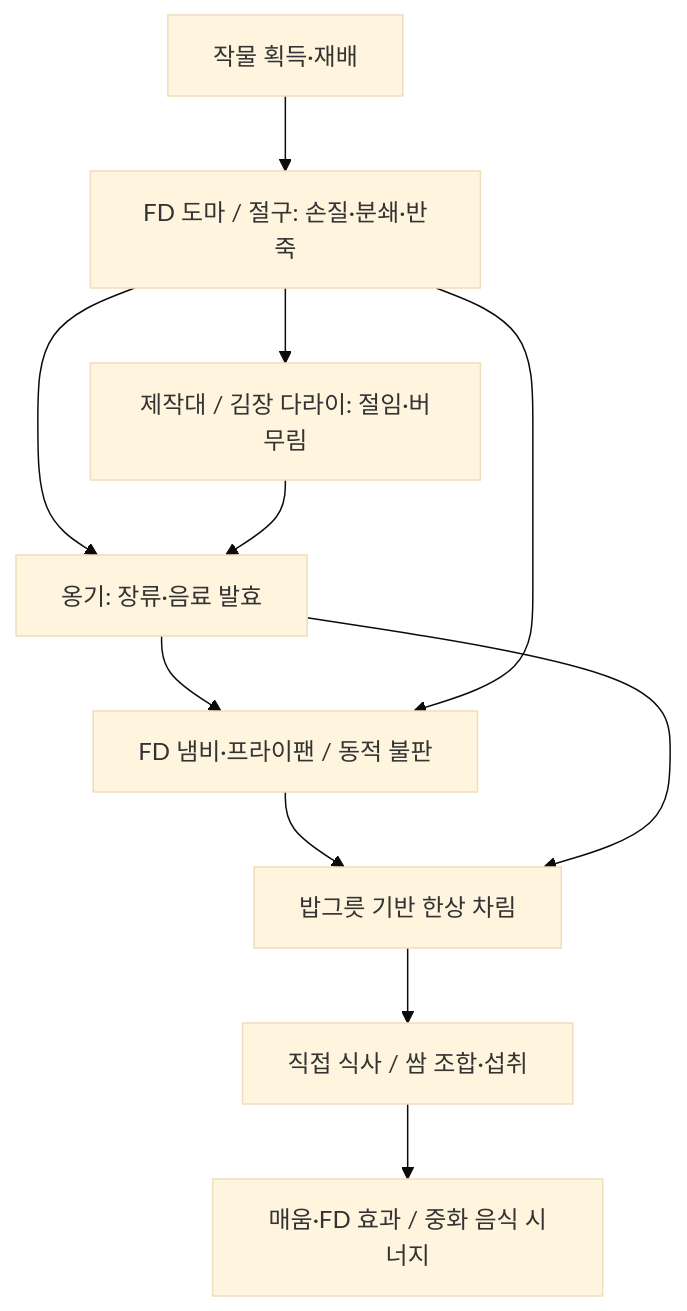
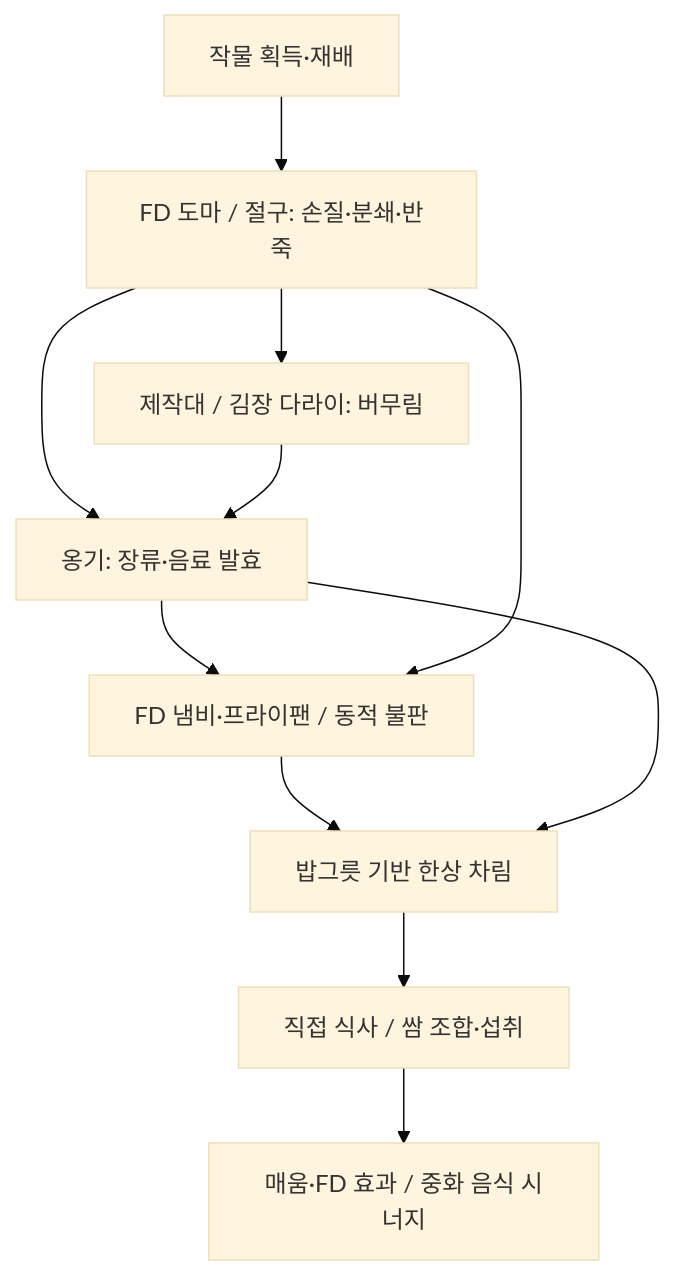
The diagram in docs/final-design.md (Potan7/KoreanDelight), drawn with Mermaid (base theme) before and after one commit. The commit also changed other lines of this file and 88 other files, not shown here.

````diff
--- a/docs/final-design.md
+++ b/docs/final-design.md
@@ -33,13 +33,13 @@
 ```mermaid
 flowchart TD
     A[작물 획득·재배] --> B[FD 도마 / 절구: 손질·분쇄·반죽]
-    B --> C[제작대 / 김장 다라이: 절임·버무림]
+    B --> C[제작대 / 김장 다라이: 버무림]
     B --> D[옹기: 장류·음료 발효]
     C --> D
     D --> E[FD 냄비·프라이팬 / 동적 불판]
     B --> E
     E --> F[밥그릇 기반 한상 차림]
     D --> F
     F --> G[직접 식사 / 쌈 조합·섭취]
     G --> H[매움·FD 효과 / 중화 음식 시너지]
 ```
````
